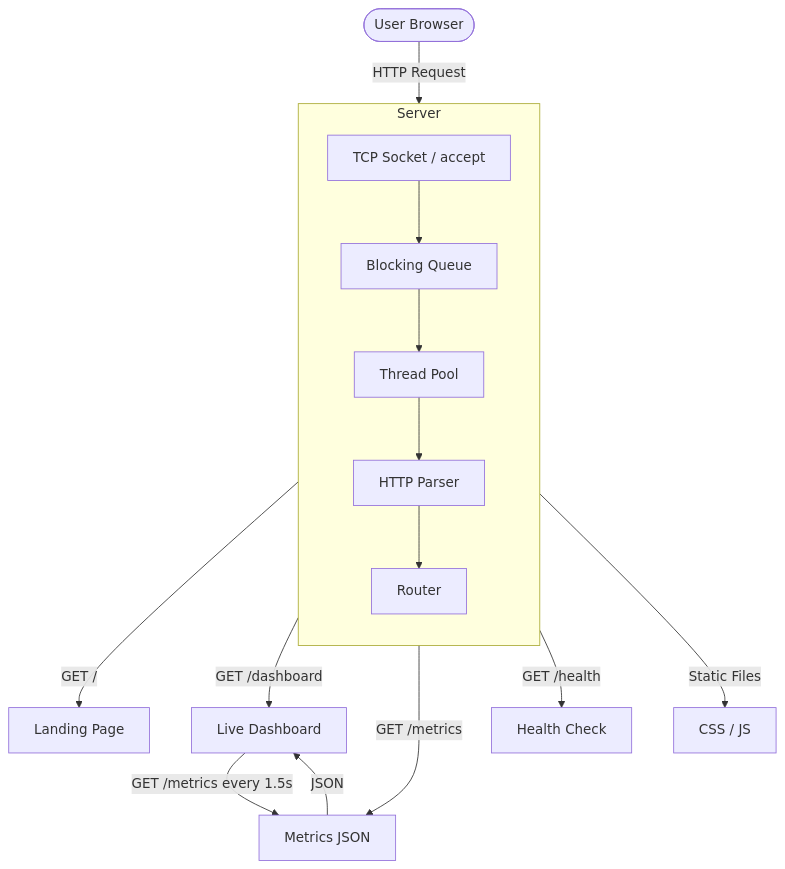
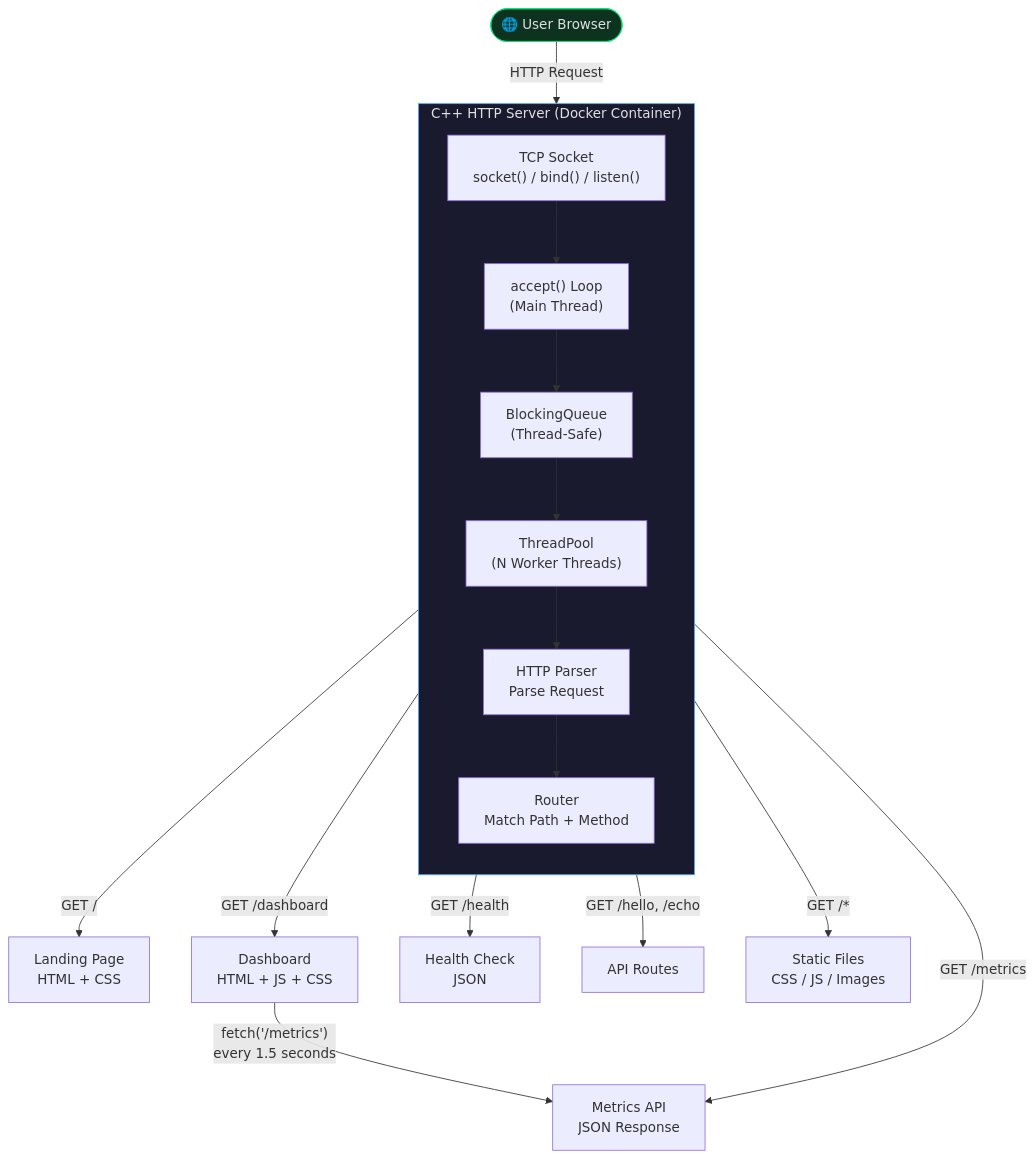
The first of 2 diagrams in README.md (pavanjarpula/Multithreaded-HTTP-Server), drawn with Mermaid before and after one commit. The commit also changed other lines of this file, not shown here.

Commit message:
Rewrite README: visual showcase with architecture diagrams, metrics reference, request lifecycle

````diff
--- a/README.md
+++ b/README.md
@@ -41,25 +63,30 @@
 ```mermaid
 flowchart TD
-    User([User Browser])
-    User -->|HTTP Request| Server[C++ HTTP Server]
-
-    subgraph Server
+    User([🌐 User Browser])
+    
+    subgraph Server["C++ HTTP Server (Docker Container)"]
         direction TB
-        TCP[TCP Socket / accept]
-        Queue[Blocking Queue]
-        Pool[Thread Pool]
-        Parser[HTTP Parser]
-        Router[Router]
-
-        TCP --> Queue --> Pool --> Parser --> Router
+        TCP["TCP Socket<br/>socket() / bind() / listen()"]
+        Accept["accept() Loop<br/>(Main Thread)"]
+        Queue["BlockingQueue<br/>(Thread-Safe)"]
+        Pool["ThreadPool<br/>(N Worker Threads)"]
+        Parser["HTTP Parser<br/>Parse Request"]
+        Router["Router<br/>Match Path + Method"]
+        
+        TCP --> Accept --> Queue --> Pool --> Parser --> Router
     end
-
-    Router -->|GET /| Landing[Landing Page]
-    Router -->|GET /dashboard| Dashboard[Live Dashboard]
-    Router -->|GET /metrics| Metrics[Metrics JSON]
-    Router -->|GET /health| Health[Health Check]
-    Router -->|Static Files| Files[CSS / JS]
-
-    Dashboard -->|GET /metrics every 1.5s| Metrics
-    Metrics -->|JSON| Dashboard
+    
+    User -->|HTTP Request| TCP
+    
+    Router -->|GET /| Landing["Landing Page<br/>HTML + CSS"]
+    Router -->|GET /dashboard| Dashboard["Dashboard<br/>HTML + JS + CSS"]
+    Router -->|GET /metrics| Metrics["Metrics API<br/>JSON Response"]
+    Router -->|GET /health| Health["Health Check<br/>JSON"]
+    Router -->|GET /hello, /echo| API["API Routes"]
+    Router -->|GET /*| Static["Static Files<br/>CSS / JS / Images"]
+    
+    Dashboard -->|"fetch('/metrics')<br/>every 1.5 seconds"| Metrics
+    
+    style Server fill:#1a1a2e,stroke:#4facfe,color:#e0e0e0
+    style User fill:#0d3320,stroke:#00e676,color:#e0e0e0
 ```
````
